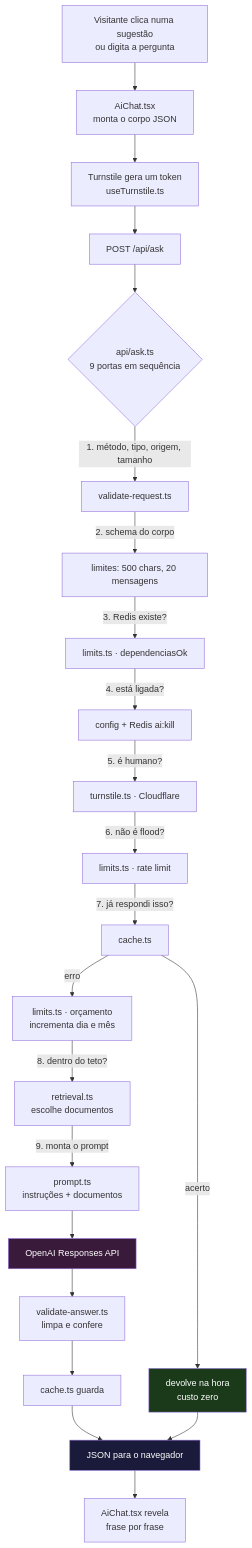
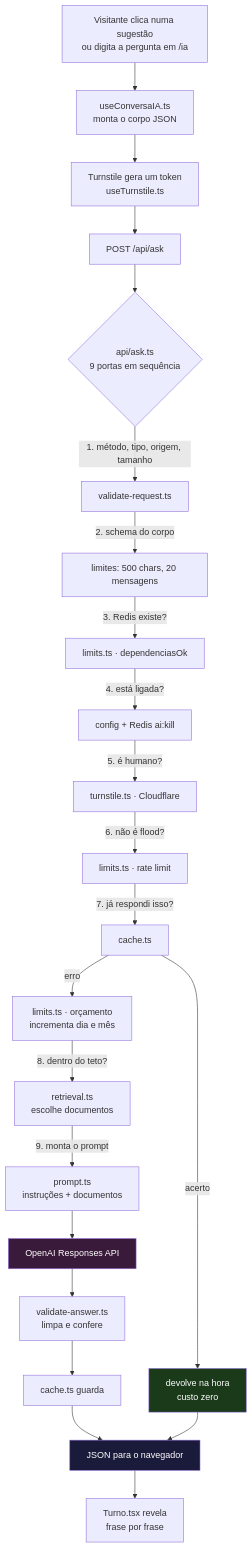
The first of 3 diagrams in docs/ia-fluxo.md (KriawqZero/portfolio-react), drawn with Mermaid before and after one commit. The commit also changed other lines of this file and 1 other file, not shown here.

````diff
--- a/docs/ia-fluxo.md
+++ b/docs/ia-fluxo.md
@@ -10,30 +10,30 @@
 ```mermaid
 flowchart TD
-    A["Visitante clica numa sugestão<br/>ou digita a pergunta"] --> B["AiChat.tsx<br/>monta o corpo JSON"]
+    A["Visitante clica numa sugestão<br/>ou digita a pergunta em /ia"] --> B["useConversaIA.ts<br/>monta o corpo JSON"]
     B --> C["Turnstile gera um token<br/>useTurnstile.ts"]
     C --> D["POST /api/ask"]
 
     D --> E{"api/ask.ts<br/>9 portas em sequência"}
 
     E -->|"1. método, tipo, origem, tamanho"| F["validate-request.ts"]
     F -->|"2. schema do corpo"| G["limites: 500 chars, 20 mensagens"]
     G -->|"3. Redis existe?"| H["limits.ts · dependenciasOk"]
     H -->|"4. está ligada?"| I["config + Redis ai:kill"]
     I -->|"5. é humano?"| J["turnstile.ts · Cloudflare"]
     J -->|"6. não é flood?"| K["limits.ts · rate limit"]
     K -->|"7. já respondi isso?"| L["cache.ts"]
     L -->|"acerto"| M["devolve na hora<br/>custo zero"]
     L -->|"erro"| N["limits.ts · orçamento<br/>incrementa dia e mês"]
     N -->|"8. dentro do teto?"| O["retrieval.ts<br/>escolhe documentos"]
     O -->|"9. monta o prompt"| P["prompt.ts<br/>instruções + documentos"]
     P --> Q["OpenAI Responses API"]
     Q --> R["validate-answer.ts<br/>limpa e confere"]
     R --> S["cache.ts guarda"]
     S --> T["JSON para o navegador"]
     M --> T
-    T --> U["AiChat.tsx revela<br/>frase por frase"]
+    T --> U["Turno.tsx revela<br/>frase por frase"]
 
     style M fill:#1a3a1a,color:#fff
     style Q fill:#3a1a3a,color:#fff
     style T fill:#1a1a3a,color:#fff
 ```
````
